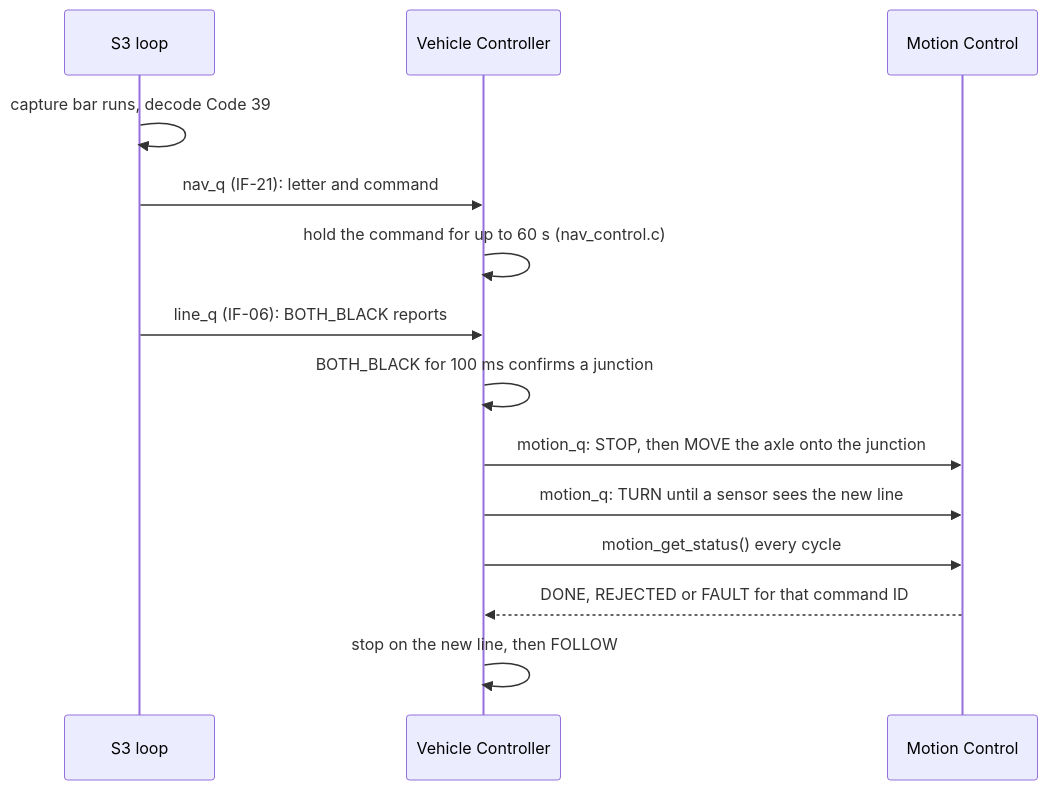
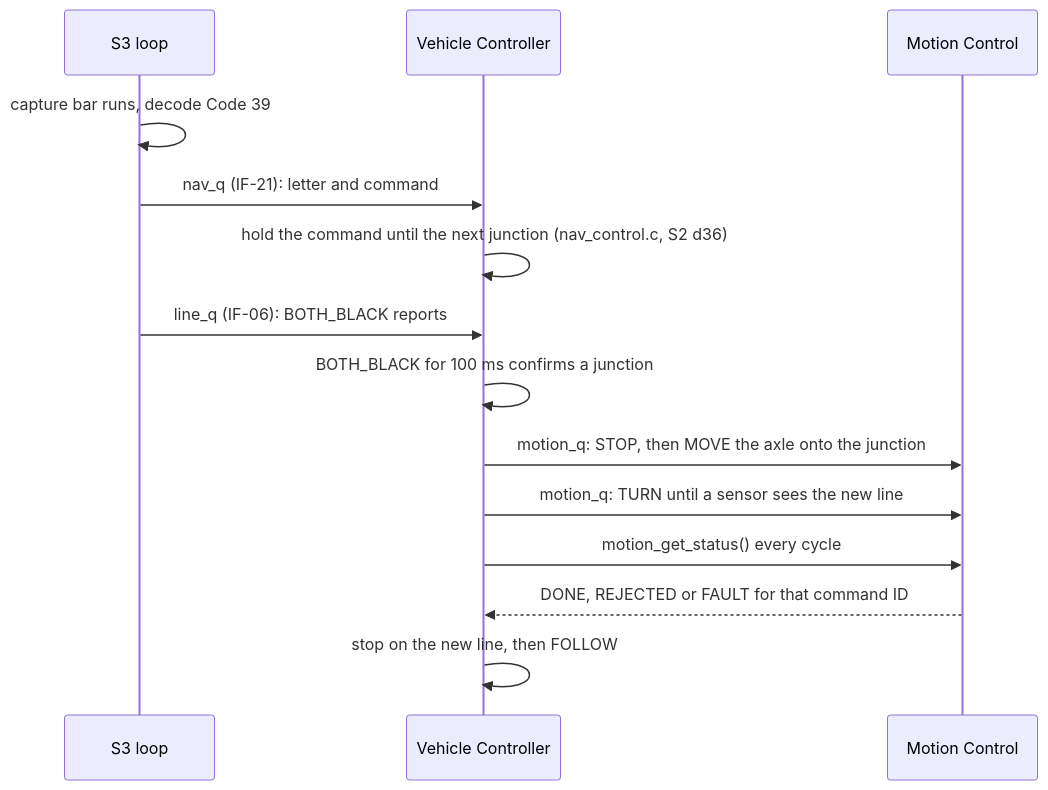
One commit to timothyckl/INF2004-P2-08-RobotCar changed the fifth of 7 diagrams in docs/final_architecture.md. Above: the diagram before and after it, drawn with Mermaid. The commit also changed 15 other files, not shown here.

First line of the commit message:
fix(s2): hold a barcode command until the next junction (F-03, F-10)

````diff
--- a/docs/final_architecture.md
+++ b/docs/final_architecture.md
@@ -239,16 +239,16 @@
 ```mermaid
 sequenceDiagram
   participant S3 as S3 loop
   participant C as Vehicle Controller
   participant M as Motion Control
   S3->>S3: capture bar runs, decode Code 39
   S3->>C: nav_q (IF-21): letter and command
-  C->>C: hold the command for up to 60 s (nav_control.c)
+  C->>C: hold the command until the next junction (nav_control.c, S2 d36)
   S3->>C: line_q (IF-06): BOTH_BLACK reports
   C->>C: BOTH_BLACK for 100 ms confirms a junction
   C->>M: motion_q: STOP, then MOVE the axle onto the junction
   C->>M: motion_q: TURN until a sensor sees the new line
   C->>M: motion_get_status() every cycle
   M-->>C: DONE, REJECTED or FAULT for that command ID
   C->>C: stop on the new line, then FOLLOW
 ```
````
